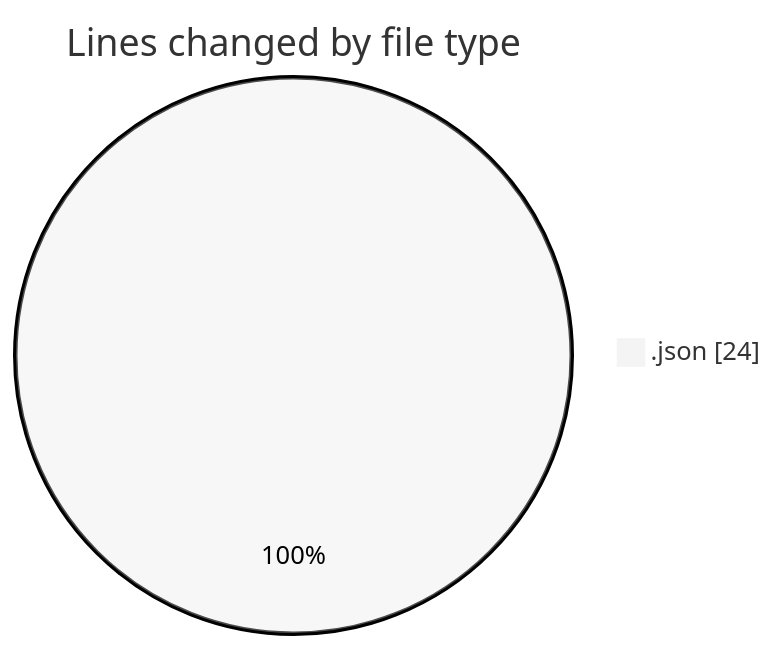
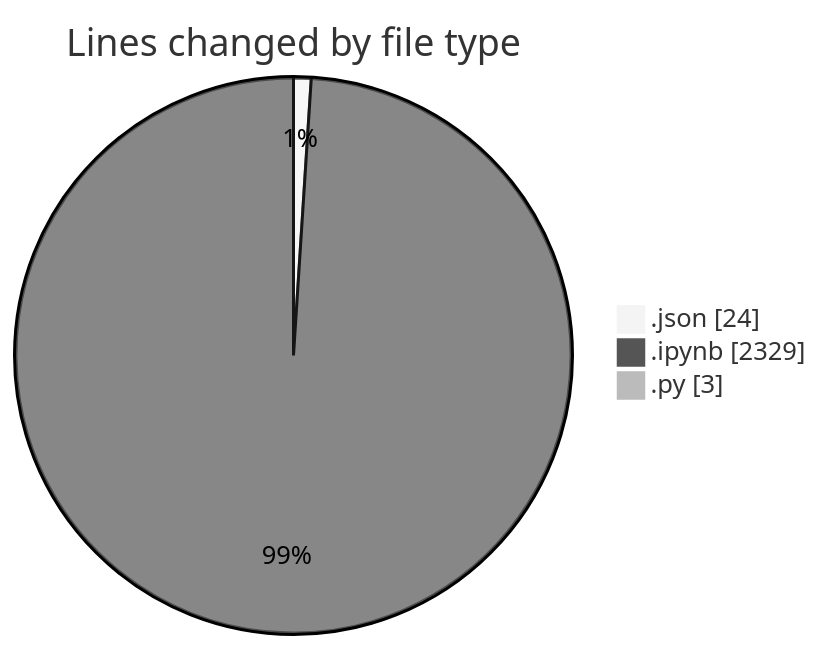
One commit to MatusMokan/code-tracking changed the first of 2 diagrams in 2025-11-25/untitled__workspace_/README.md. Above: the diagram before and after it, drawn with Mermaid (neutral theme). The commit also changed other lines of this file and 1 other file, not shown here.

````diff
--- a/2025-11-25/untitled__workspace_/README.md
+++ b/2025-11-25/untitled__workspace_/README.md
@@ -20,5 +22,7 @@
 ```mermaid
 pie showData
 title Lines changed by file type
 ".json" : 24
+".ipynb" : 2329
+".py" : 3
 ```
````
